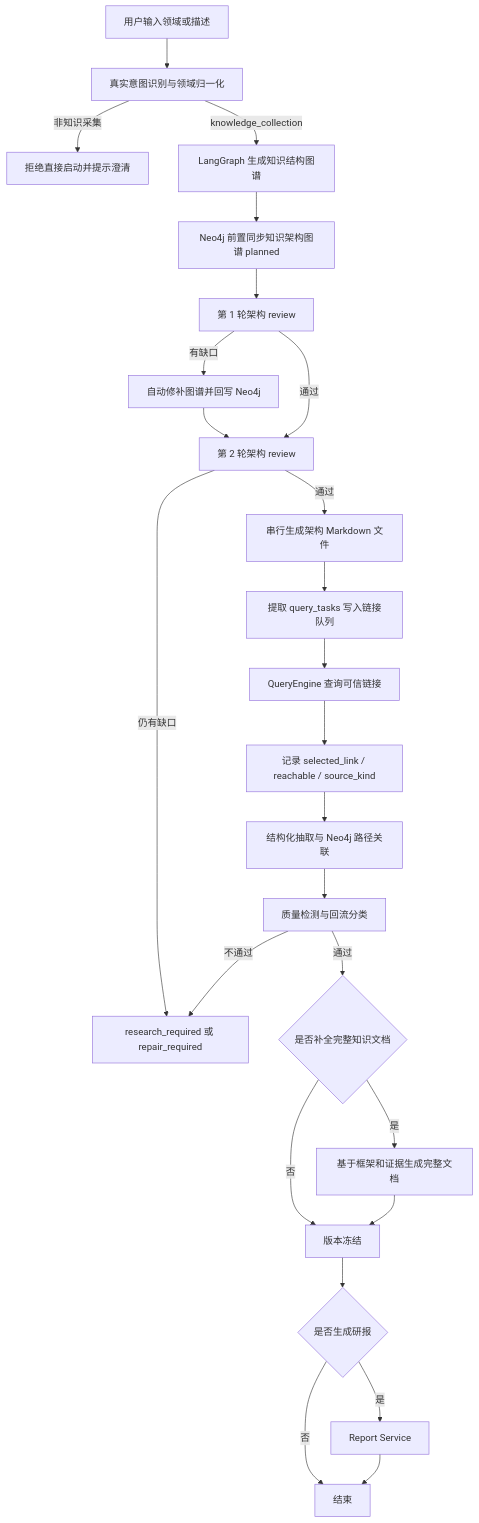
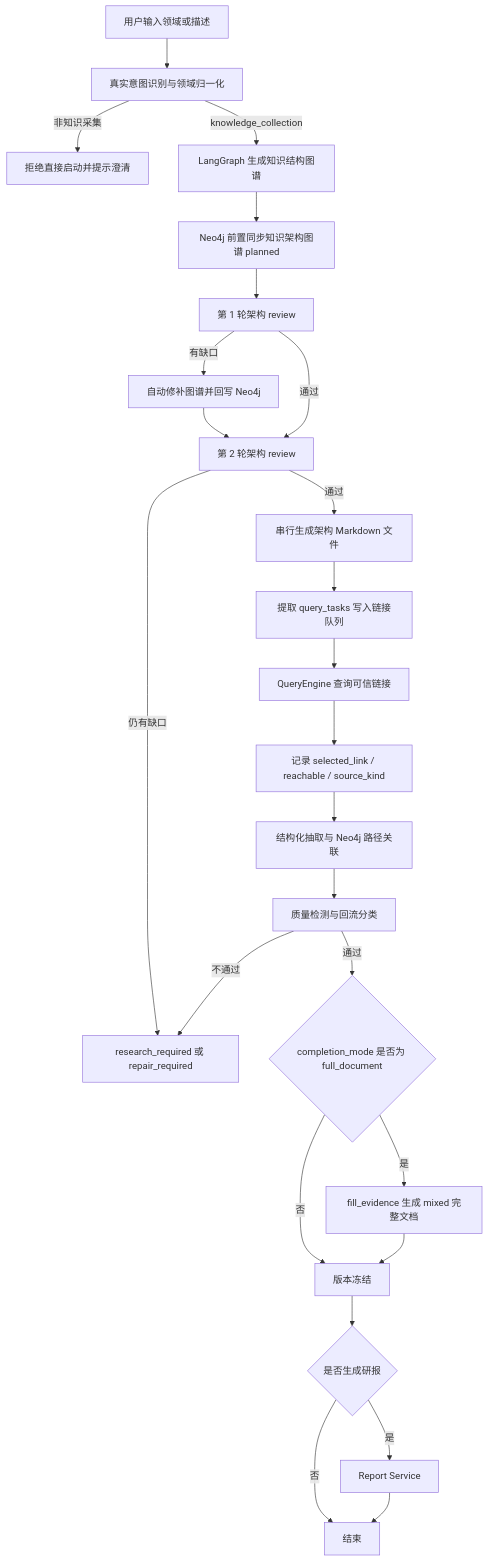
The diagram in docs/项目需求.md (crabin/knowledgeforge), drawn with Mermaid before and after one commit. The commit also changed other lines of this file and 4 other files, not shown here.

````diff
--- a/docs/项目需求.md
+++ b/docs/项目需求.md
@@ -37,27 +37,27 @@
 ```mermaid
 flowchart TD
     A[用户输入领域或描述] --> B[真实意图识别与领域归一化]
     B -->|非知识采集| X[拒绝直接启动并提示澄清]
     B -->|knowledge_collection| C[LangGraph 生成知识结构图谱]
     C --> D[Neo4j 前置同步知识架构图谱 planned]
     D --> E[第 1 轮架构 review]
     E -->|有缺口| F[自动修补图谱并回写 Neo4j]
     F --> G[第 2 轮架构 review]
     E -->|通过| G
     G -->|仍有缺口| O[repair_required 不生成本地文档]
     G -->|通过| H[串行生成架构 Markdown 文件]
     H --> I[提取 query_tasks 写入链接队列]
     I --> J[QueryEngine 查询可信链接]
     J --> K[记录 selected_link / reachable / source_kind]
     K --> L[结构化抽取与 Neo4j 路径关联]
     L --> M[质量检测与回流分类]
-    M -->|通过| N{是否补全完整知识文档}
+    M -->|通过| N{completion_mode 是否为 full_document}
     N -->|否| V[版本冻结]
-    N -->|是| W[基于框架和证据生成完整文档]
+    N -->|是| W[fill_evidence 生成 mixed 完整文档]
     W --> V
     M -->|不通过| O[research_required 或 repair_required]
     V --> P{是否生成研报}
     P -->|是| Q[Report Service]
     P -->|否| R[结束]
     Q --> R
 ```
````
